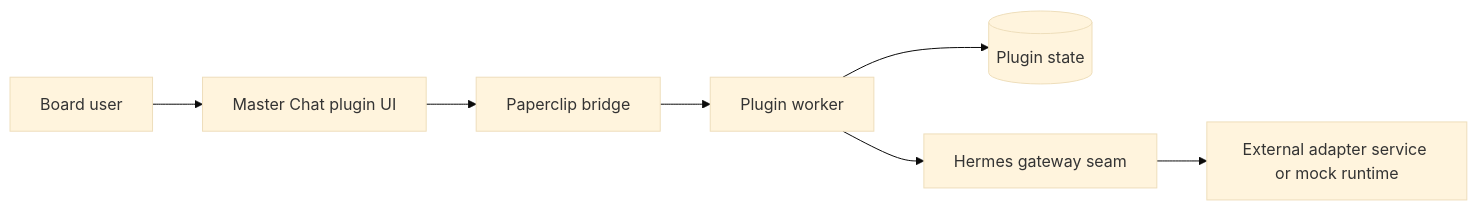
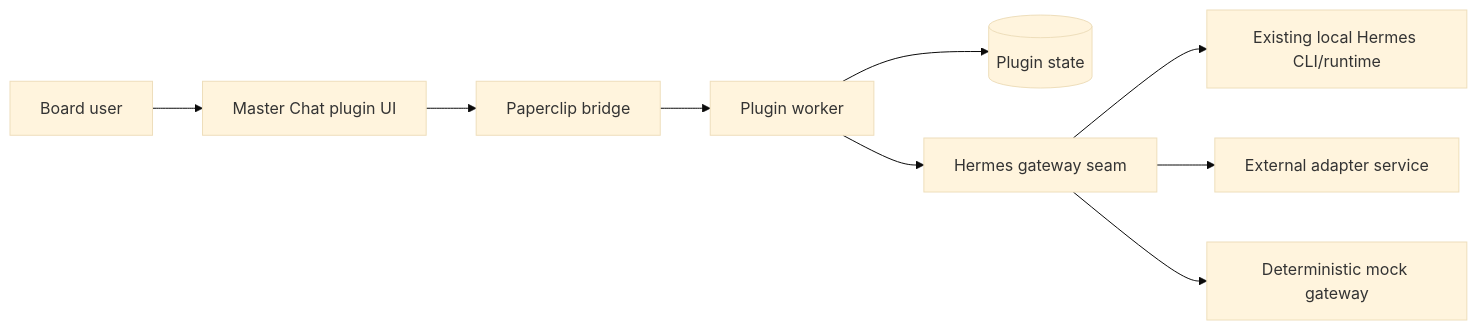
Before and after one commit to Ola-Turmo/paperclip-master-chat-plugin: the diagram in README.md, drawn with Mermaid (base theme). The commit also changed other lines of this file and 14 other files, not shown here.

````diff
--- a/README.md
+++ b/README.md
@@ -21,9 +23,11 @@
 ```mermaid
 flowchart LR
   User[Board user] --> UI[Master Chat plugin UI]
   UI --> Bridge[Paperclip bridge]
   Bridge --> Worker[Plugin worker]
   Worker --> Store[(Plugin state)]
   Worker --> Hermes[Hermes gateway seam]
-  Hermes --> Adapter[External adapter service or mock runtime]
+  Hermes --> Local[Existing local Hermes CLI/runtime]
+  Hermes --> Adapter[External adapter service]
+  Hermes --> Mock[Deterministic mock gateway]
 ```
````
